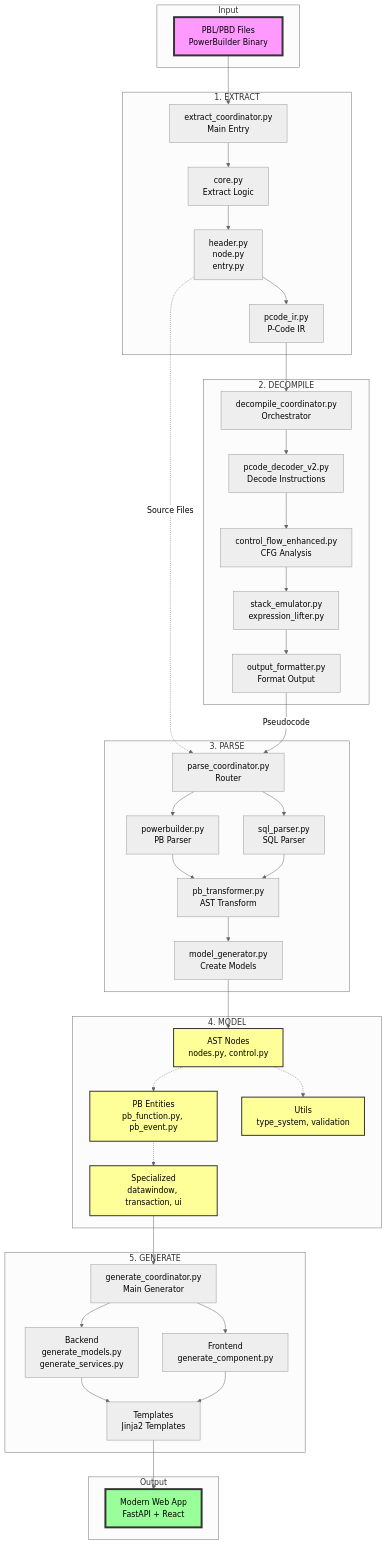
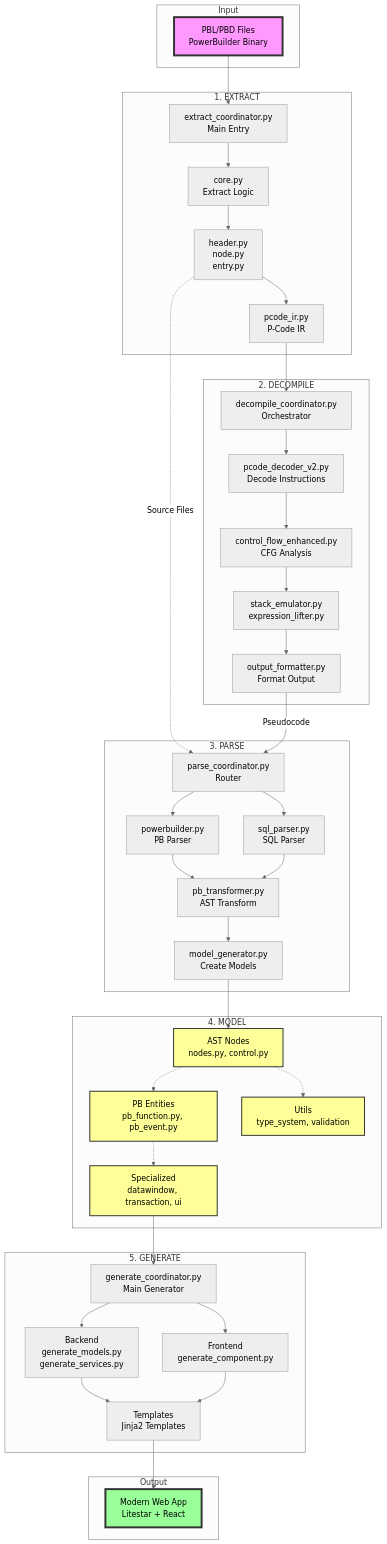
The diagram in docs/pipeline_diagram_simple.md (renato-bosa/powerrebuilder), drawn with Mermaid (neutral theme) before and after one commit. The commit also changed other lines of this file and 14 other files, not shown here.

```diff
--- a/docs/pipeline_diagram_simple.md
+++ b/docs/pipeline_diagram_simple.md
@@ -70,7 +70,7 @@
     end
     
     subgraph "Output"
-        OUT[Modern Web App<br/>FastAPI + React]
+        OUT[Modern Web App<br/>Litestar + React]
     end
     
     PBL --> E1
```
